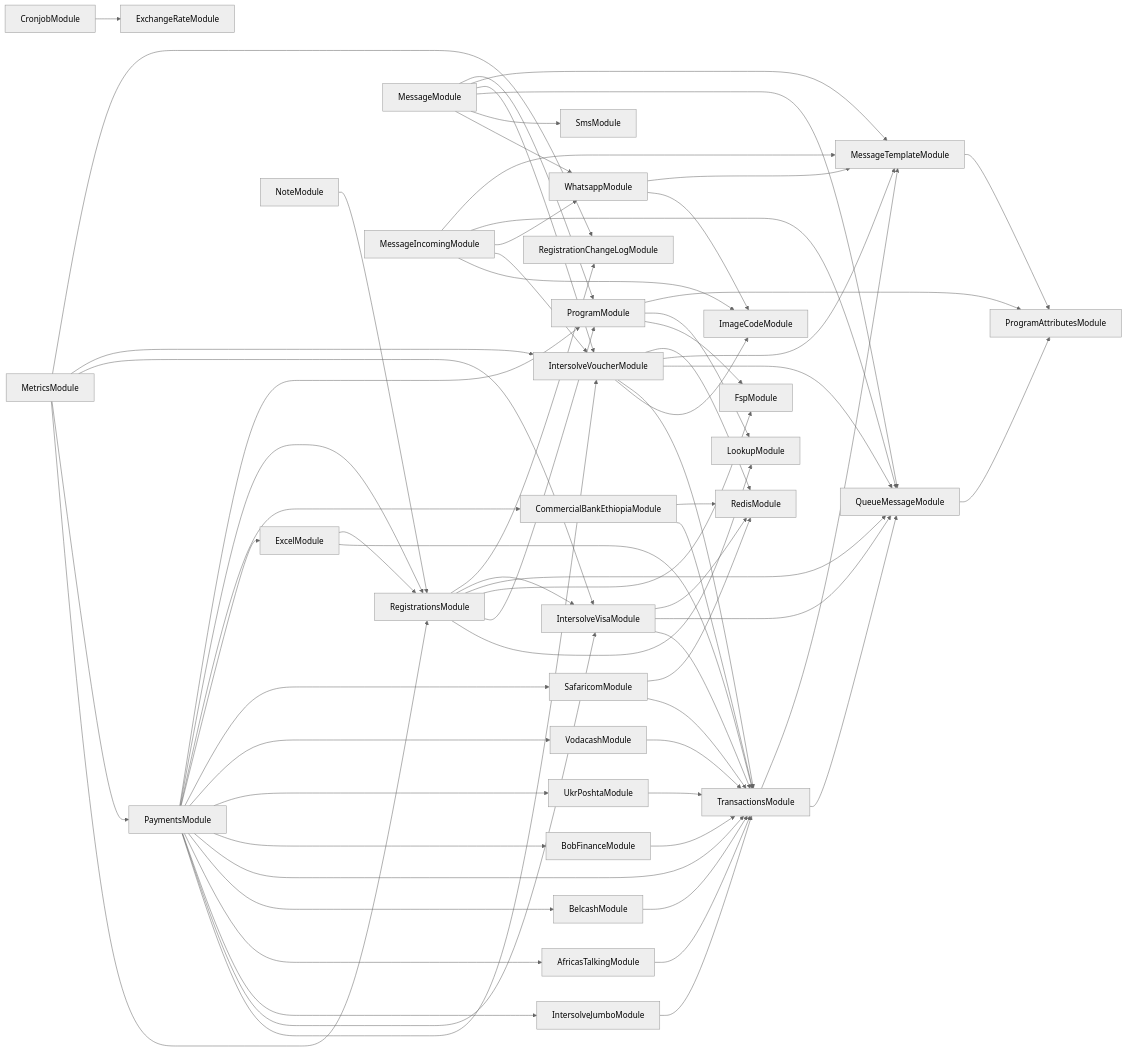
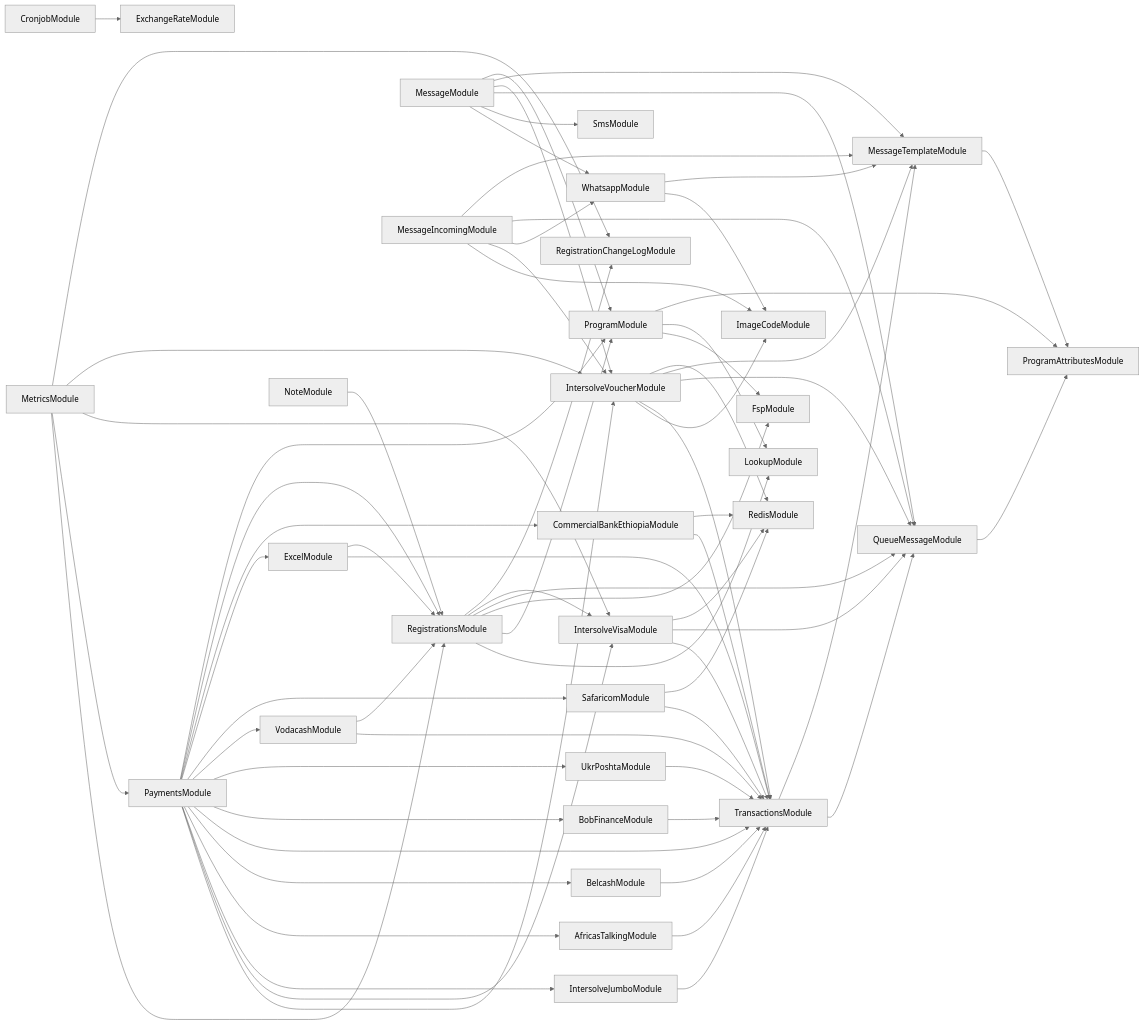
One commit to global-121/121-platform changed the diagram in services/121-service/module-dependencies.md. Above: the diagram before and after it, drawn with Mermaid (neutral theme). The commit also changed 13 other files, not shown here.

````diff
--- a/services/121-service/module-dependencies.md
+++ b/services/121-service/module-dependencies.md
@@ -3,70 +3,71 @@
 ```mermaid
 graph LR
   ProgramModule-->FspModule
   ProgramModule-->LookupModule
   ProgramModule-->ProgramAttributesModule
   MessageTemplateModule-->ProgramAttributesModule
   CronjobModule-->ExchangeRateModule
   RegistrationsModule-->LookupModule
   RegistrationsModule-->ProgramModule
   RegistrationsModule-->FspModule
   RegistrationsModule-->QueueMessageModule
   QueueMessageModule-->ProgramAttributesModule
   RegistrationsModule-->IntersolveVisaModule
   IntersolveVisaModule-->TransactionsModule
   TransactionsModule-->QueueMessageModule
   TransactionsModule-->MessageTemplateModule
   IntersolveVisaModule-->QueueMessageModule
   IntersolveVisaModule-->RedisModule
   RegistrationsModule-->RegistrationChangeLogModule
   MessageModule-->WhatsappModule
   WhatsappModule-->ImageCodeModule
   WhatsappModule-->MessageTemplateModule
   MessageModule-->SmsModule
   MessageModule-->QueueMessageModule
   MessageModule-->IntersolveVoucherModule
   IntersolveVoucherModule-->ImageCodeModule
   IntersolveVoucherModule-->TransactionsModule
   IntersolveVoucherModule-->QueueMessageModule
   IntersolveVoucherModule-->MessageTemplateModule
   IntersolveVoucherModule-->RedisModule
   MessageModule-->MessageTemplateModule
   MessageModule-->ProgramModule
   MetricsModule-->RegistrationsModule
   MetricsModule-->PaymentsModule
   PaymentsModule-->IntersolveVoucherModule
   PaymentsModule-->IntersolveVisaModule
   PaymentsModule-->IntersolveJumboModule
   IntersolveJumboModule-->TransactionsModule
   PaymentsModule-->AfricasTalkingModule
   AfricasTalkingModule-->TransactionsModule
   PaymentsModule-->BelcashModule
   BelcashModule-->TransactionsModule
   PaymentsModule-->TransactionsModule
   PaymentsModule-->BobFinanceModule
   BobFinanceModule-->TransactionsModule
   PaymentsModule-->UkrPoshtaModule
   UkrPoshtaModule-->TransactionsModule
   PaymentsModule-->VodacashModule
   VodacashModule-->TransactionsModule
+  VodacashModule-->RegistrationsModule
   PaymentsModule-->SafaricomModule
   SafaricomModule-->TransactionsModule
   SafaricomModule-->RedisModule
   PaymentsModule-->ExcelModule
   ExcelModule-->TransactionsModule
   ExcelModule-->RegistrationsModule
   PaymentsModule-->CommercialBankEthiopiaModule
   CommercialBankEthiopiaModule-->TransactionsModule
   CommercialBankEthiopiaModule-->RedisModule
   PaymentsModule-->RegistrationsModule
   PaymentsModule-->ProgramModule
   MetricsModule-->IntersolveVisaModule
   MetricsModule-->IntersolveVoucherModule
   MetricsModule-->RegistrationChangeLogModule
   MessageIncomingModule-->ImageCodeModule
   MessageIncomingModule-->IntersolveVoucherModule
   MessageIncomingModule-->WhatsappModule
   MessageIncomingModule-->QueueMessageModule
   MessageIncomingModule-->MessageTemplateModule
   NoteModule-->RegistrationsModule
 ```
````
